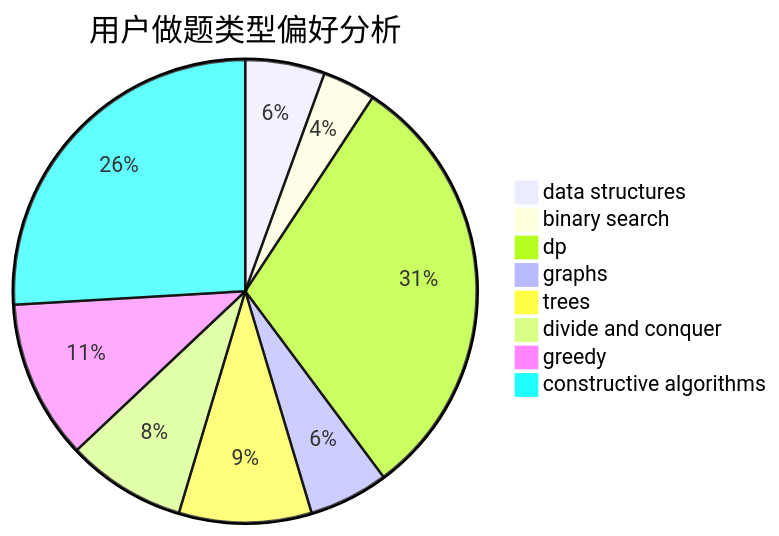
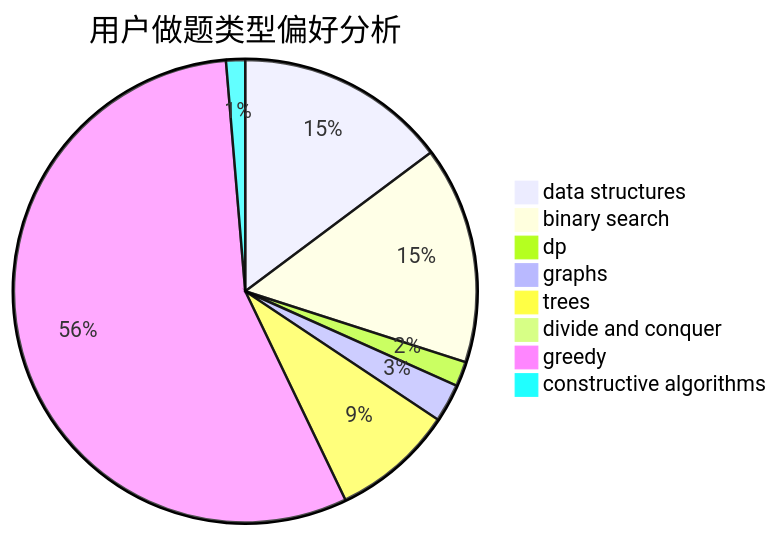
The second of 3 diagrams in docs/user/u1107.md (sherpahu/cfrs.github.io), drawn with Mermaid before and after one commit. The commit also changed other lines of this file and 2770 other files, not shown here.

````diff
--- a/docs/user/u1107.md
+++ b/docs/user/u1107.md
@@ -23,11 +23,11 @@
 ```mermaid
 pie title 用户做题类型偏好分析
-    "data structures" :  6
-    "binary search" :  4
-    "dp" :  33
-    "graphs" :  6
-    "trees" :  10
-    "divide and conquer" :  9
-    "greedy" :  12
-    "constructive algorithms" :  28
+    "data structures" :  111
+    "binary search" :  114
+    "dp" :  13
+    "graphs" :  20
+    "trees" :  64
+    "divide and conquer" :  1
+    "greedy" :  419
+    "constructive algorithms" :  10
 ```
````
